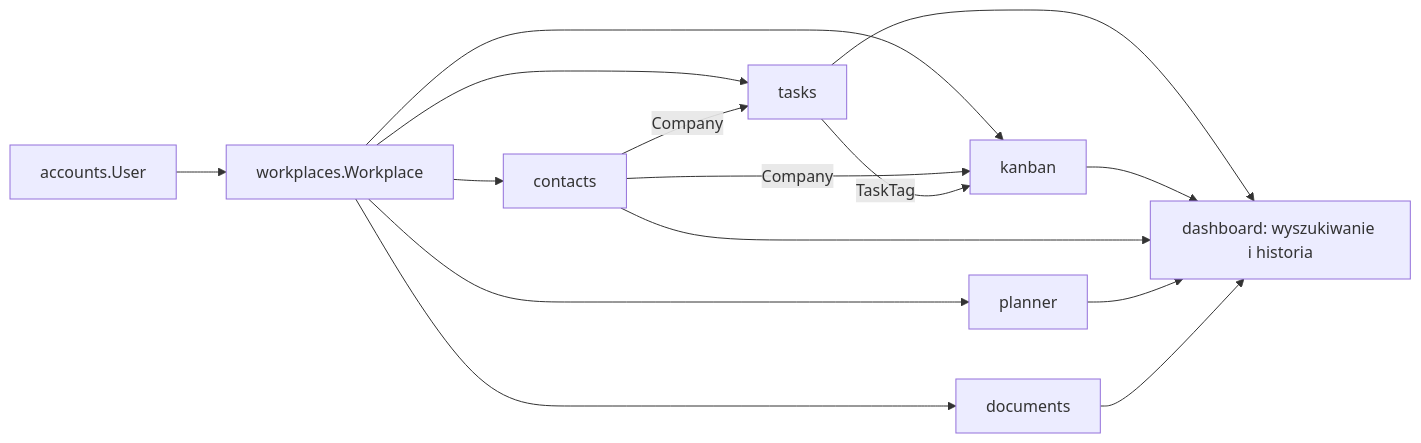
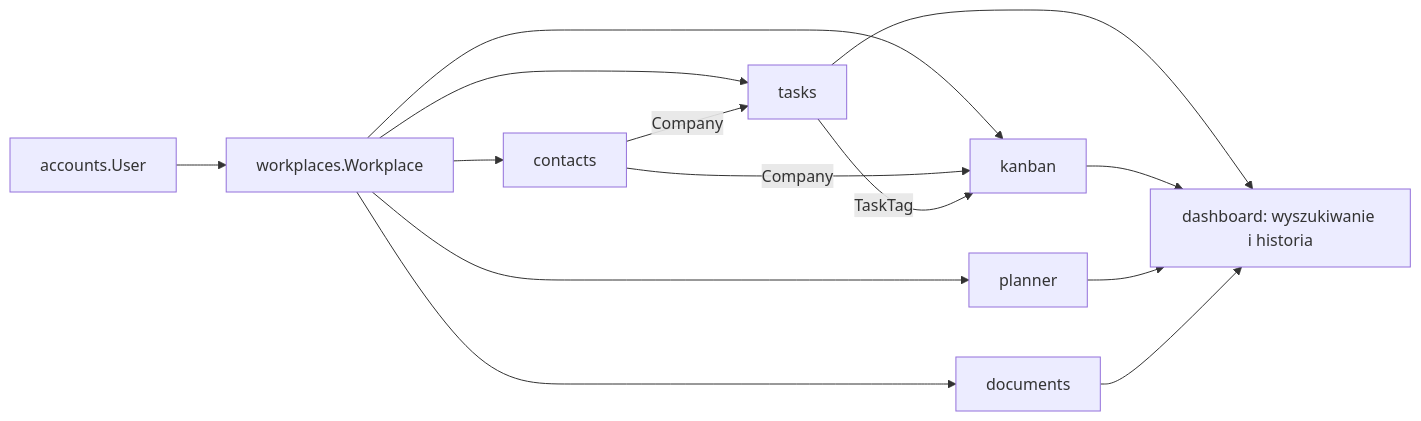
One commit to KreanOff/ancore changed the second of 2 diagrams in docs/ARCHITECTURE.md. Above: the diagram before and after it, drawn with Mermaid. The commit also changed other lines of this file and 47 other files, not shown here.

````diff
--- a/docs/ARCHITECTURE.md
+++ b/docs/ARCHITECTURE.md
@@ -97,17 +97,16 @@
 ```mermaid
 flowchart LR
     A[accounts.User] --> W[workplaces.Workplace]
     W --> T[tasks]
     W --> K[kanban]
     W --> C[contacts]
     W --> P[planner]
     W --> D[documents]
     C -->|Company| T
     C -->|Company| K
     T -->|TaskTag| K
     T --> H[dashboard: wyszukiwanie i historia]
     K --> H
-    C --> H
     P --> H
     D --> H
 ```
````
